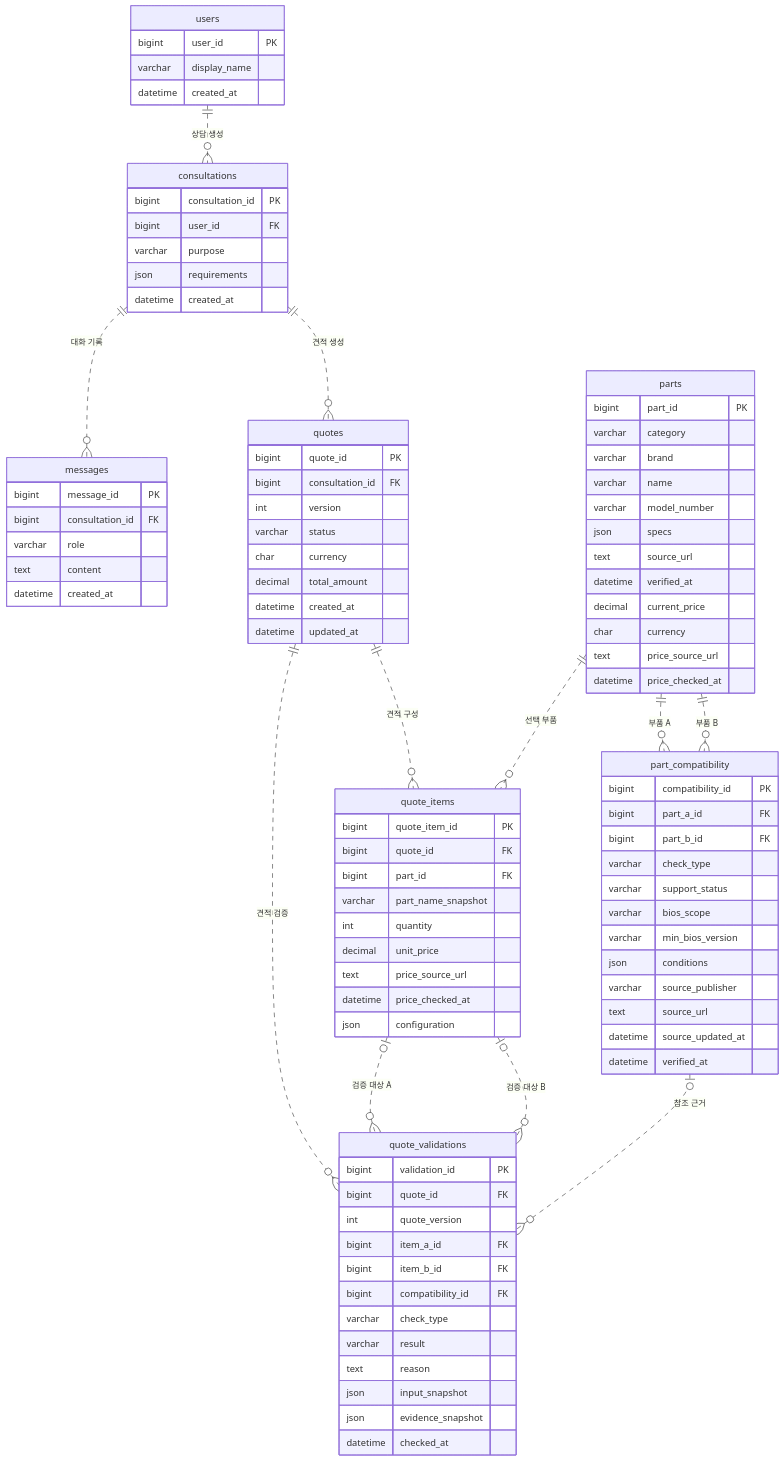
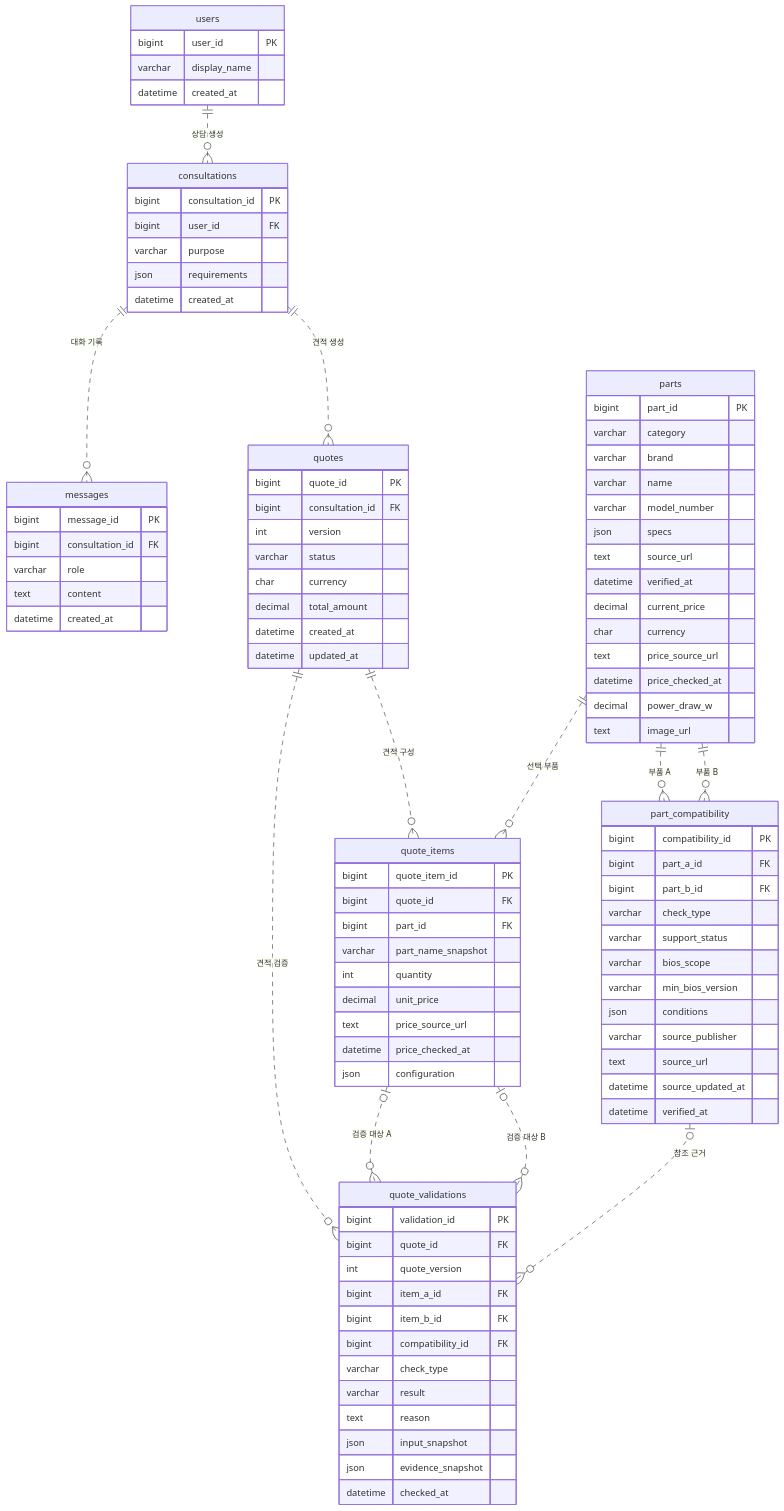
Before and after one commit to SKNETWORKS-FAMILY-AICAMP/SKN35-FINAL-6TEAM: the diagram in docs/database/erd/schema.mmd, drawn with Mermaid. The commit also changed 21 other files, not shown here.

```diff
--- a/docs/database/erd/schema.mmd
+++ b/docs/database/erd/schema.mmd
@@ -1,94 +1,96 @@
 erDiagram
     users {
         bigint user_id PK
         varchar display_name
         datetime created_at
     }
     consultations {
         bigint consultation_id PK
         bigint user_id FK
         varchar purpose
         json requirements
         datetime created_at
     }
     messages {
         bigint message_id PK
         bigint consultation_id FK
         varchar role
         text content
         datetime created_at
     }
     parts {
         bigint part_id PK
         varchar category
         varchar brand
         varchar name
         varchar model_number
         json specs
         text source_url
         datetime verified_at
         decimal current_price
         char currency
         text price_source_url
         datetime price_checked_at
+        decimal power_draw_w
+        text image_url
     }
     quotes {
         bigint quote_id PK
         bigint consultation_id FK
         int version
         varchar status
         char currency
         decimal total_amount
         datetime created_at
         datetime updated_at
     }
     quote_items {
         bigint quote_item_id PK
         bigint quote_id FK
         bigint part_id FK
         varchar part_name_snapshot
         int quantity
         decimal unit_price
         text price_source_url
         datetime price_checked_at
         json configuration
     }
     part_compatibility {
         bigint compatibility_id PK
         bigint part_a_id FK
         bigint part_b_id FK
         varchar check_type
         varchar support_status
         varchar bios_scope
         varchar min_bios_version
         json conditions
         varchar source_publisher
         text source_url
         datetime source_updated_at
         datetime verified_at
     }
     quote_validations {
         bigint validation_id PK
         bigint quote_id FK
         int quote_version
         bigint item_a_id FK
         bigint item_b_id FK
         bigint compatibility_id FK
         varchar check_type
         varchar result
         text reason
         json input_snapshot
         json evidence_snapshot
         datetime checked_at
     }
     users ||..o{ consultations : "상담 생성"
     consultations ||..o{ messages : "대화 기록"
     consultations ||..o{ quotes : "견적 생성"
     quotes ||..o{ quote_items : "견적 구성"
     parts ||..o{ quote_items : "선택 부품"
     parts ||..o{ part_compatibility : "부품 A"
     parts ||..o{ part_compatibility : "부품 B"
     quotes ||..o{ quote_validations : "견적 검증"
     quote_items |o..o{ quote_validations : "검증 대상 A"
     quote_items |o..o{ quote_validations : "검증 대상 B"
     part_compatibility |o..o{ quote_validations : "참조 근거"
```
